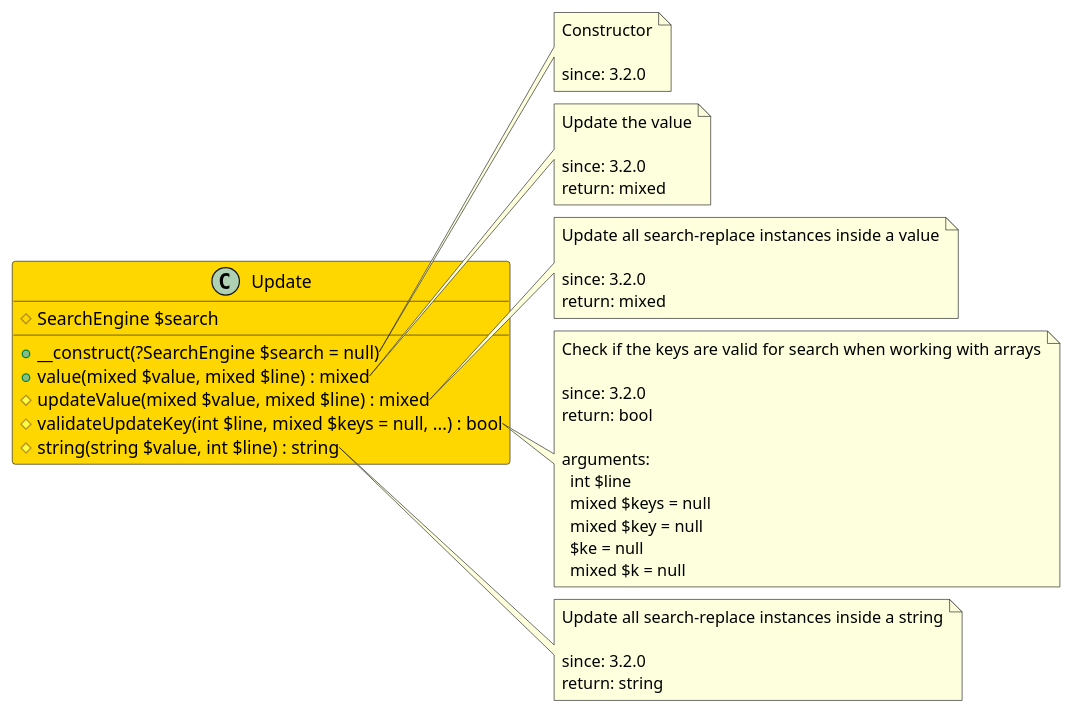
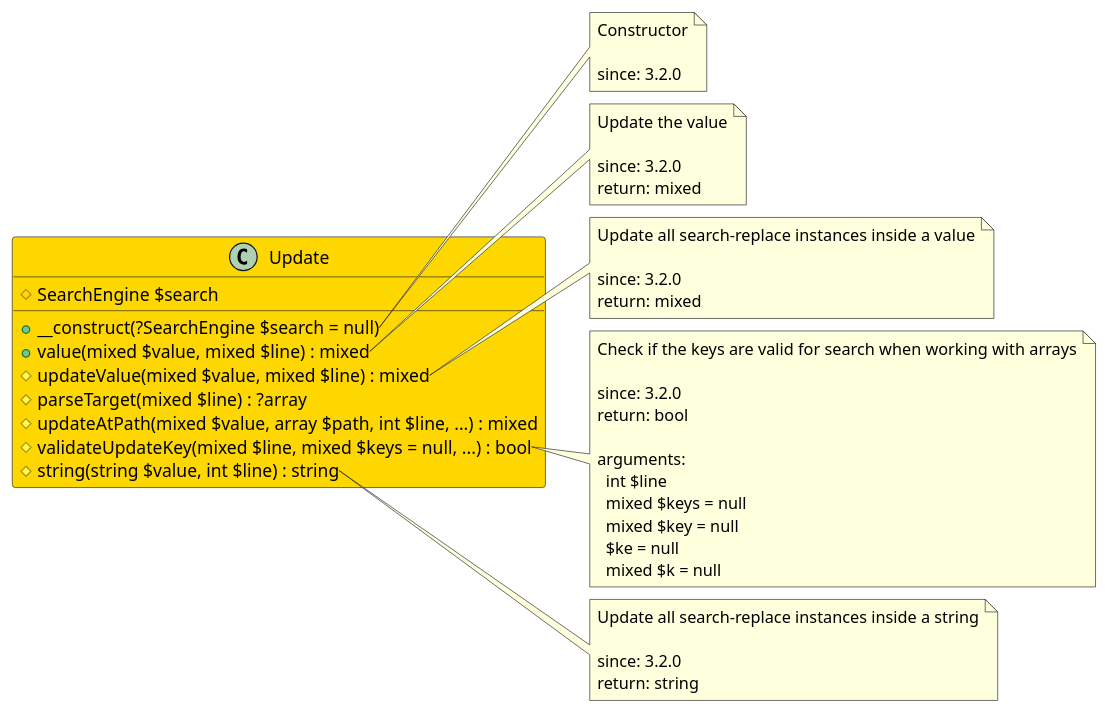
One commit to joomengine/search changed the diagram in src/3ac29912-0681-4ca9-8197-d5a8f6a49ac7/README.md. Above: the diagram before and after it, drawn with PlantUML. The commit also changed other lines of this file and 60 other files, not shown here.

````diff
--- a/src/3ac29912-0681-4ca9-8197-d5a8f6a49ac7/README.md
+++ b/src/3ac29912-0681-4ca9-8197-d5a8f6a49ac7/README.md
@@ -5,55 +27,57 @@
 ```uml
 @startuml
 
 class Update  #Gold {
   # SearchEngine $search
   + __construct(?SearchEngine $search = null)
   + value(mixed $value, mixed $line) : mixed
   # updateValue(mixed $value, mixed $line) : mixed
-  # validateUpdateKey(int $line, mixed $keys = null, ...) : bool
+  # parseTarget(mixed $line) : ?array
+  # updateAtPath(mixed $value, array $path, int $line, ...) : mixed
+  # validateUpdateKey(mixed $line, mixed $keys = null, ...) : bool
   # string(string $value, int $line) : string
 }
 
 note right of Update::__construct
   Constructor
 
   since: 3.2.0
 end note
 
 note right of Update::value
   Update the value
 
   since: 3.2.0
   return: mixed
 end note
 
 note right of Update::updateValue
   Update all search-replace instances inside a value
 
   since: 3.2.0
   return: mixed
 end note
 
 note right of Update::validateUpdateKey
   Check if the keys are valid for search when working with arrays
 
   since: 3.2.0
   return: bool
   
   arguments:
     int $line
     mixed $keys = null
     mixed $key = null
     $ke = null
     mixed $k = null
 end note
 
 note right of Update::string
   Update all search-replace instances inside a string
 
   since: 3.2.0
   return: string
 end note
 
 @enduml
 ```
````
